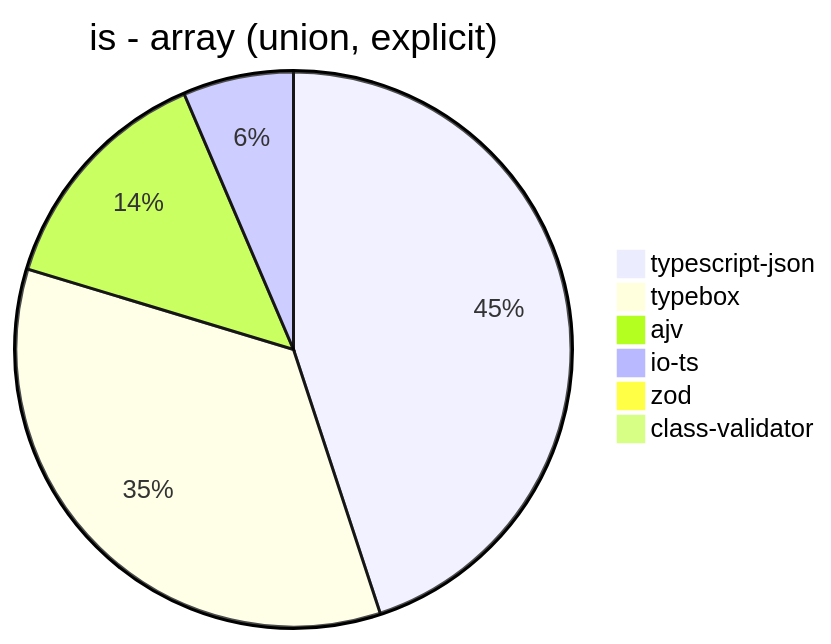
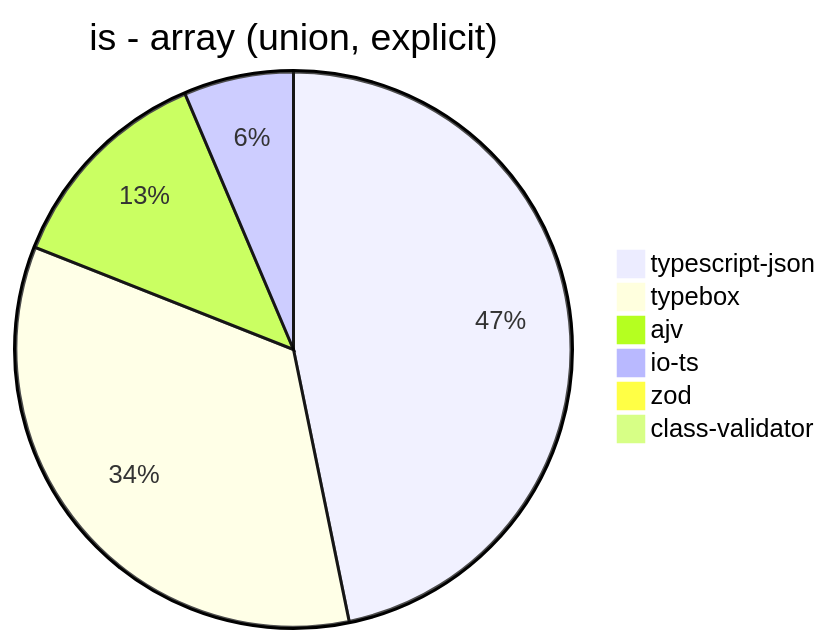
Before and after one commit to samchon/typia: the sixth of 39 diagrams in benchmark/results/11th Gen Intel(R) Core(TM) i5-1135G7 @ 2.40GHz.md, drawn with Mermaid. The commit also changed other lines of this file and 6 other files, not shown here.

````diff
--- a/benchmark/results/11th Gen Intel(R) Core(TM) i5-1135G7 @ 2.40GHz.md
+++ b/benchmark/results/11th Gen Intel(R) Core(TM) i5-1135G7 @ 2.40GHz.md
@@ -76,9 +76,9 @@
 ```mermaid
 pie title is - array (union, explicit)
-  "typescript-json": 2573.6973590292646
-  "typebox": 1988.611315209405
-  "ajv": 795.3271028037384
-  "io-ts": 368.47014925373134
-  "zod": 2.8253908457336596
-  "class-validator": 0
+  "typescript-json": 2627.5584795321633
+  "typebox": 1921.0139603232917
+  "ajv": 709.0032154340836
+  "io-ts": 358.6614901090775
+  "zod": 2.833931607783865
+  "class-validator": 7.951533510034078
 ```
````
